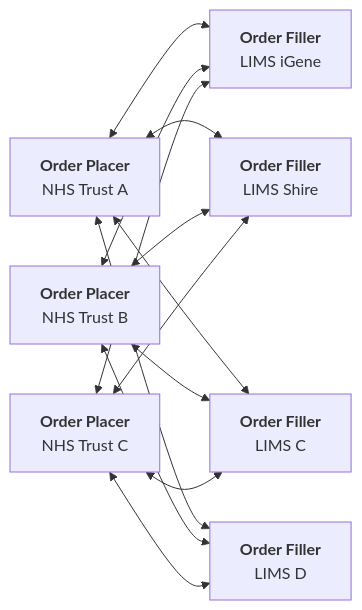
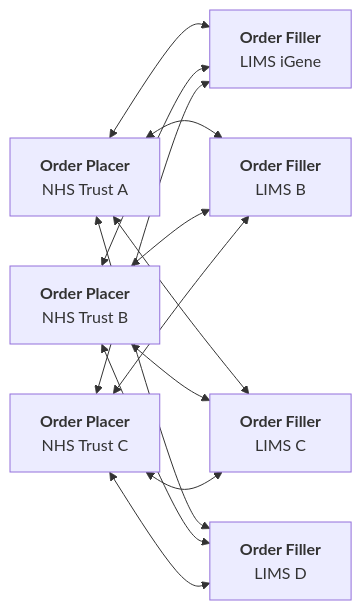
Before and after one commit to uk-gov-mirror/nw-gmsa.nw-gmsa.github.com: the fourth of 8 diagrams in input/pagecontent/index.md, drawn with Mermaid.

Commit message:
Added TIE to future diagrams

````diff
--- a/input/pagecontent/index.md
+++ b/input/pagecontent/index.md
@@ -64,27 +64,27 @@
 ```mermaid
 graph LR
 
     OrderPlacerA[<b>Order Placer</b><br/>NHS Trust A]
     OrderPlacerB[<b>Order Placer</b><br/>NHS Trust B]
     OrderPlacerC[<b>Order Placer</b><br/>NHS Trust C]
 
     LIMSA[<b>Order Filler</b><br>LIMS iGene]
-    LIMSB[<b>Order Filler</b><br>LIMS Shire]
+    LIMSB[<b>Order Filler</b><br>LIMS B]
     LIMSC[<b>Order Filler</b><br>LIMS C]
     LIMSD[<b>Order Filler</b><br>LIMS D]
 
     OrderPlacerA <--> LIMSA
     OrderPlacerA <--> LIMSB
     OrderPlacerA <--> LIMSC
     OrderPlacerA <--> LIMSD
 
     OrderPlacerB <--> LIMSA
     OrderPlacerB <--> LIMSB
     OrderPlacerB <--> LIMSC
     OrderPlacerB <--> LIMSD
 
     OrderPlacerC <--> LIMSA
     OrderPlacerC <--> LIMSB
     OrderPlacerC <--> LIMSC
     OrderPlacerC <--> LIMSD
 ```
````
